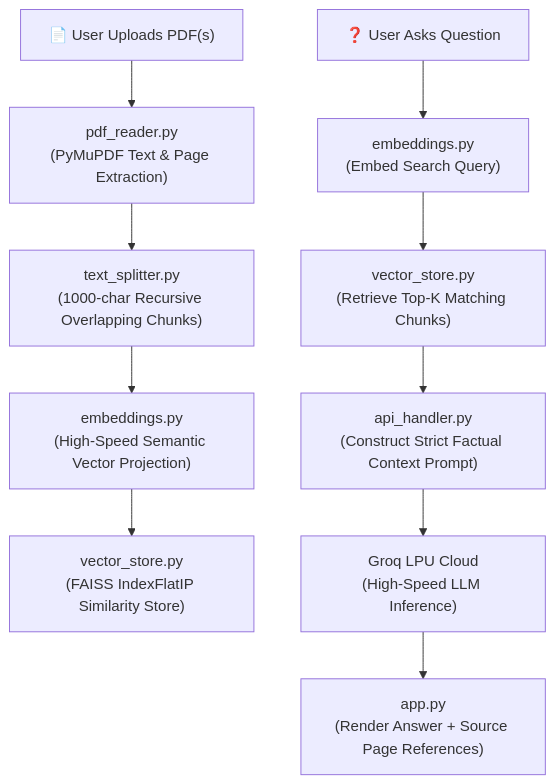
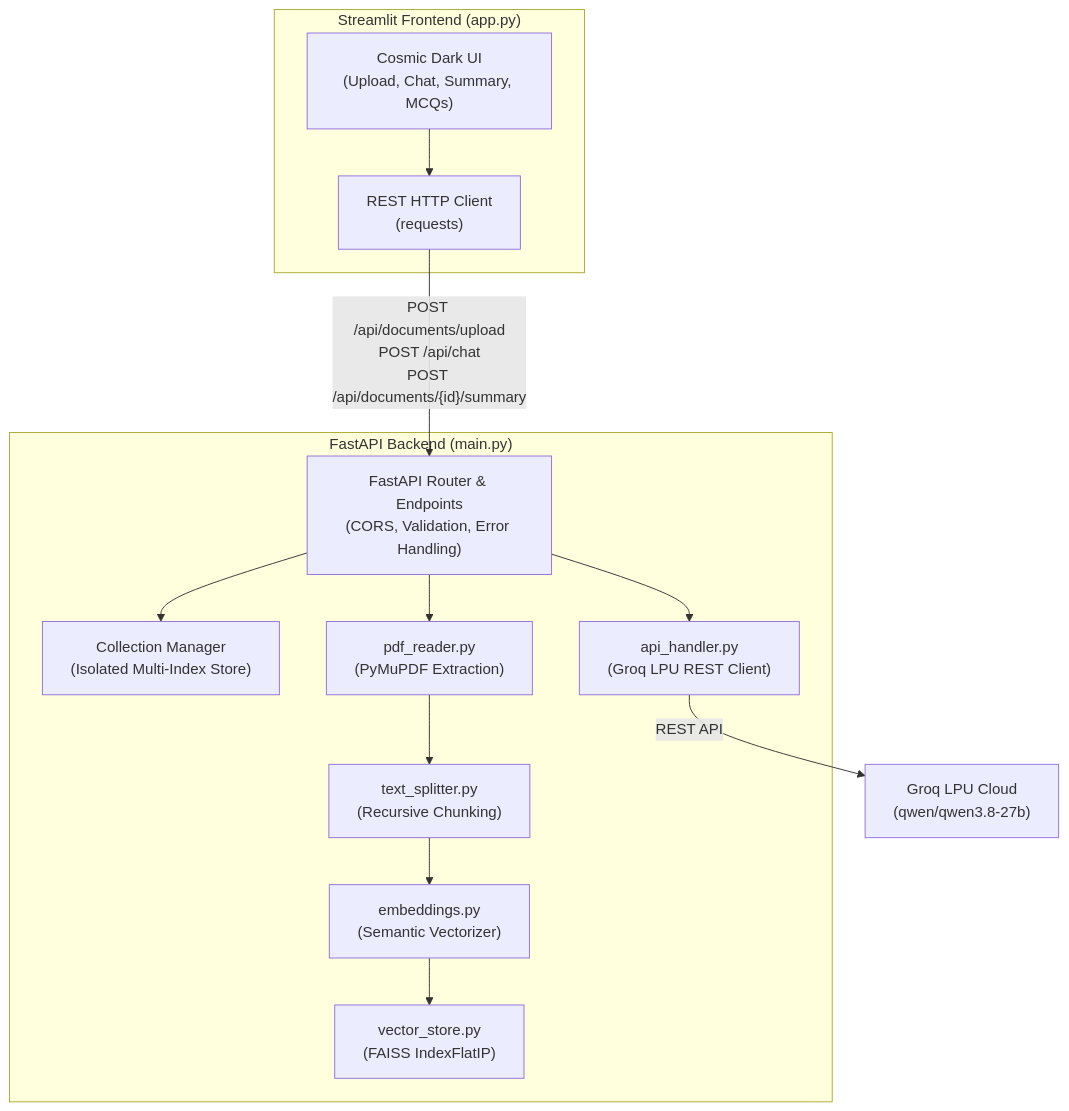
The diagram in README.md (pankaj2007kumar26-max/DocuVerse_AI), drawn with Mermaid before and after one commit. The commit also changed other lines of this file and 9 other files, not shown here.

Commit message:
feat: convert DocuVerse AI to production-ready FastAPI backend with Streamlit frontend

````diff
--- a/README.md
+++ b/README.md
@@ -26,13 +35,25 @@
 ```mermaid
 flowchart TD
-    A["📄 User Uploads PDF(s)"] --> B["pdf_reader.py<br/>(PyMuPDF Text & Page Extraction)"]
-    B --> C["text_splitter.py<br/>(1000-char Recursive Overlapping Chunks)"]
-    C --> D["embeddings.py<br/>(High-Speed Semantic Vector Projection)"]
-    D --> E["vector_store.py<br/>(FAISS IndexFlatIP Similarity Store)"]
-    
-    F["❓ User Asks Question"] --> G["embeddings.py<br/>(Embed Search Query)"]
-    G --> H["vector_store.py<br/>(Retrieve Top-K Matching Chunks)"]
-    H --> I["api_handler.py<br/>(Construct Strict Factual Context Prompt)"]
-    I --> J["Groq LPU Cloud<br/>(High-Speed LLM Inference)"]
-    J --> K["app.py<br/>(Render Answer + Source Page References)"]
+    subgraph Frontend["Streamlit Frontend (app.py)"]
+        UI["Cosmic Dark UI<br/>(Upload, Chat, Summary, MCQs)"]
+        CLIENT["REST HTTP Client<br/>(requests)"]
+        UI --> CLIENT
+    end
+
+    subgraph Backend["FastAPI Backend (main.py)"]
+        ROUTER["FastAPI Router & Endpoints<br/>(CORS, Validation, Error Handling)"]
+        COL_MGR["Collection Manager<br/>(Isolated Multi-Index Store)"]
+        PDF["pdf_reader.py<br/>(PyMuPDF Extraction)"]
+        CHUNK["text_splitter.py<br/>(Recursive Chunking)"]
+        EMBED["embeddings.py<br/>(Semantic Vectorizer)"]
+        FAISS["vector_store.py<br/>(FAISS IndexFlatIP)"]
+        LLM["api_handler.py<br/>(Groq LPU REST Client)"]
+        
+        ROUTER --> COL_MGR
+        ROUTER --> PDF --> CHUNK --> EMBED --> FAISS
+        ROUTER --> LLM
+    end
+
+    CLIENT -- "POST /api/documents/upload<br/>POST /api/chat<br/>POST /api/documents/{id}/summary" --> ROUTER
+    LLM -- "REST API" --> GROQ["Groq LPU Cloud<br/>(qwen/qwen3.8-27b)"]
 ```
````
